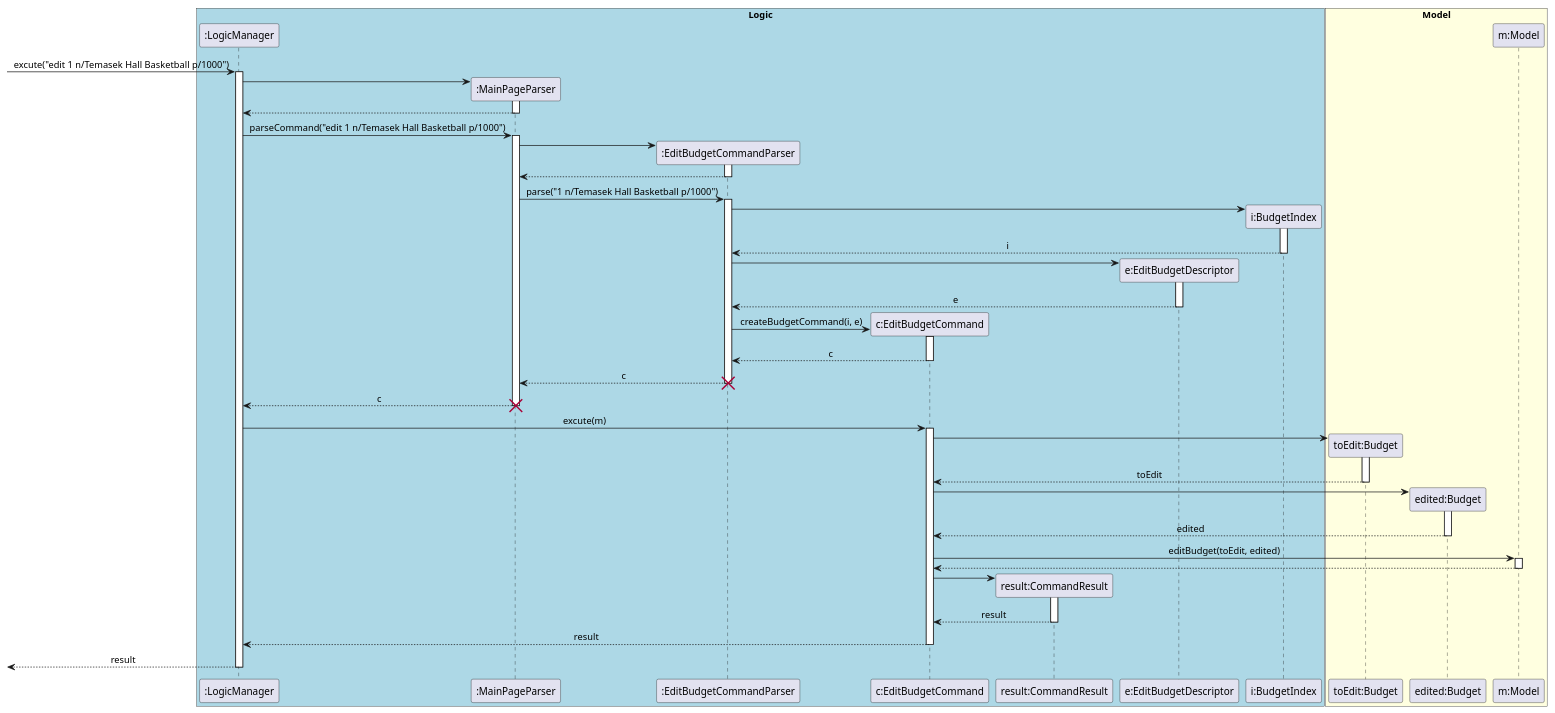
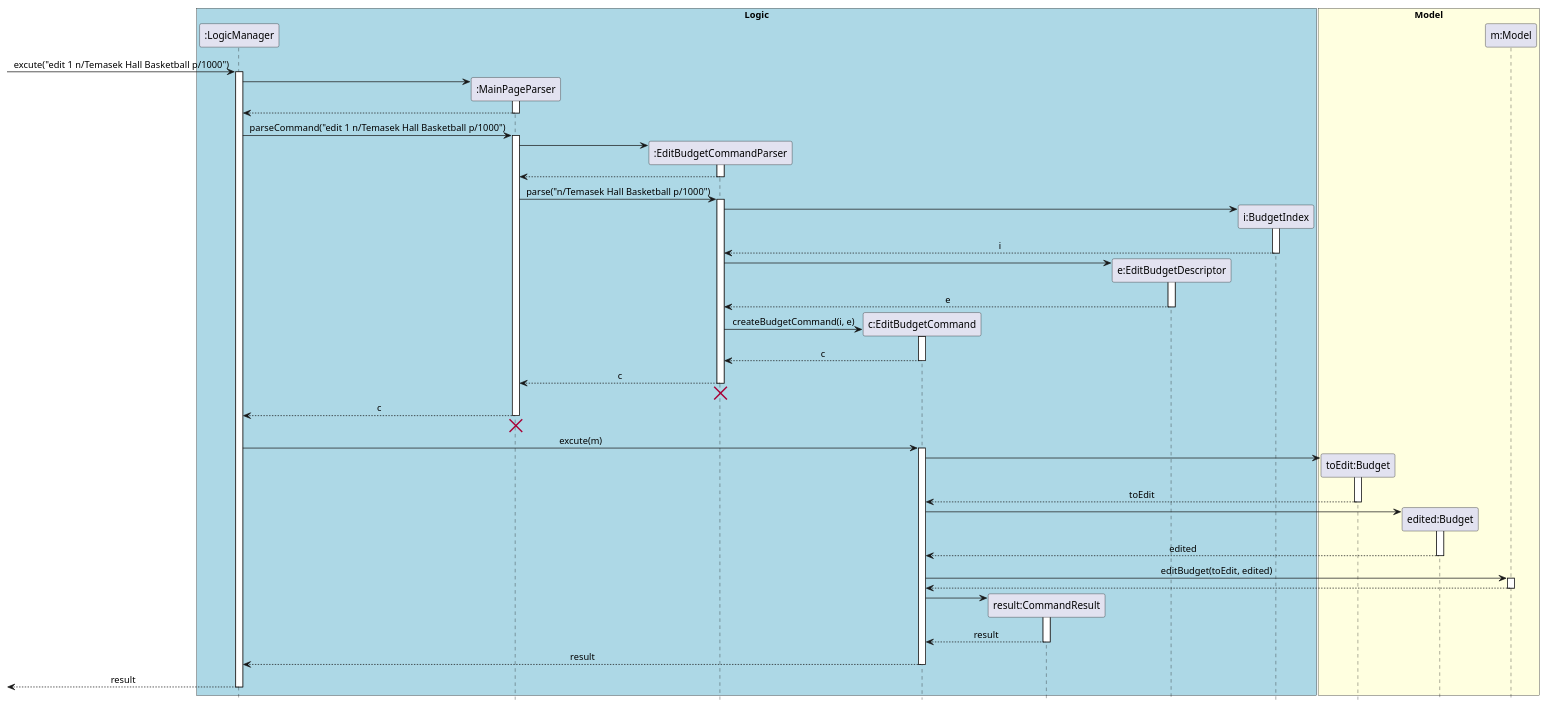
The diagram in docs/diagrams/commandsPlantUML/EditBudgetCommand.puml (yu-ming-chen/tp), drawn with PlantUML before and after one commit. The commit also changed 6 other files, not shown here.

Commit message:
Fix ug diagram and add PPP

```diff
--- a/docs/diagrams/commandsPlantUML/EditBudgetCommand.puml
+++ b/docs/diagrams/commandsPlantUML/EditBudgetCommand.puml
@@ -1,96 +1,99 @@
 @startuml
 skinparam Sequence {
     MessageAlign center
 }
+hide footbox
 box "Logic" #LightBlue
 participant ":LogicManager" as LM
 participant ":MainPageParser" as MPP
 participant ":EditBudgetCommandParser" as EBCP
 participant "c:EditBudgetCommand" as EBC
 participant "result:CommandResult" as CR
 participant "e:EditBudgetDescriptor" as EBD
 participant "i:BudgetIndex" as BI
 end box
 
 box "Model" #LightYellow
 participant "toEdit:Budget" as toEditBudget
 participant "edited:Budget" as editedBudget
 participant "m:Model" as M
 end box
 
 [-> LM : excute("edit 1 n/Temasek Hall Basketball p/1000")
 activate LM
 create MPP
 LM -> MPP
 activate MPP
 LM <-- MPP
 deactivate MPP
 LM -> MPP : parseCommand("edit 1 n/Temasek Hall Basketball p/1000")
 activate MPP
 
 create EBCP
 MPP -> EBCP
 activate EBCP
 MPP <-- EBCP
 deactivate EBCP
-MPP -> EBCP : parse("1 n/Temasek Hall Basketball p/1000")
+MPP -> EBCP : parse("n/Temasek Hall Basketball p/1000")
 activate EBCP
 
 create BI
 EBCP -> BI
 activate BI
 EBCP <-- BI : i
 deactivate BI
 
 create EBD
 EBCP -> EBD
 activate EBD
 EBCP <-- EBD : e
 deactivate EBD
 
 create EBC
 EBCP -> EBC : createBudgetCommand(i, e)
 activate EBC
 EBCP <-- EBC : c
 deactivate EBC
 MPP <-- EBCP : c
-
+deactivate EBCP
+MPP <-[hidden]- EBCP
 destroy EBCP
 
 deactivate EBCP
 LM <-- MPP : c
 deactivate MPP
+LM <-[hidden]- MPP
 destroy MPP
 
 LM -> EBC: excute(m)
 
 activate EBC
 create toEditBudget
 EBC -> toEditBudget
 activate toEditBudget
 EBC <-- toEditBudget : toEdit
 deactivate toEditBudget
 
 create editedBudget
 EBC -> editedBudget
 activate editedBudget
 EBC <-- editedBudget : edited
 deactivate editedBudget
 
 EBC -> M : editBudget(toEdit, edited)
 activate M
 EBC <-- M
 deactivate M
 
 create CR
 EBC -> CR
 activate CR
 EBC <-- CR : result
 deactivate CR
 
 LM <-- EBC: result
 deactivate EBC
 [<-- LM: result
 deactivate LM
 
 @enduml
```
